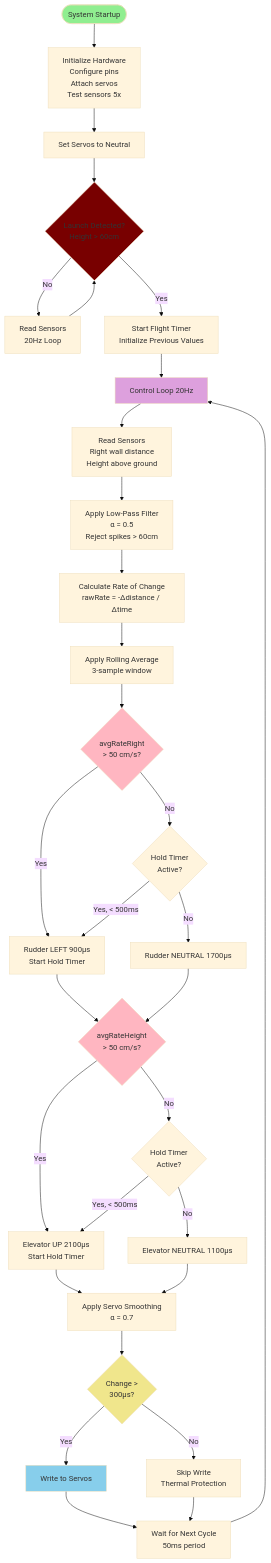
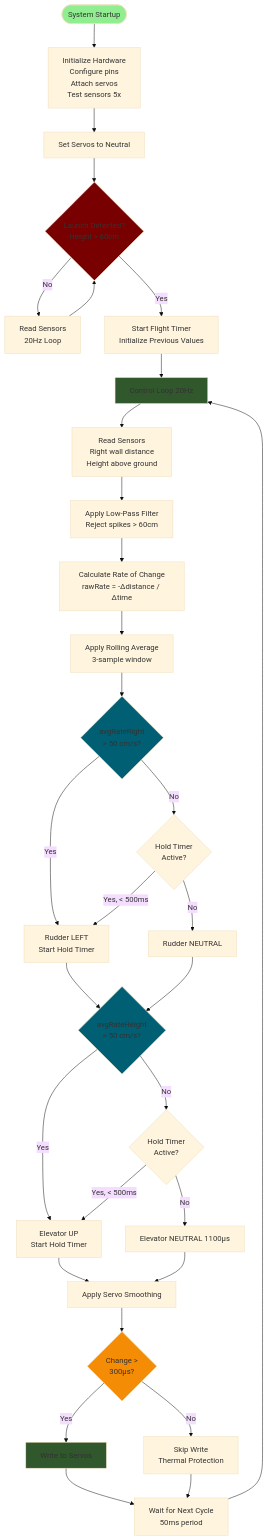
Before and after one commit to VahidDanesh/fixed-wing: the diagram in README.md, drawn with Mermaid (base theme).

Commit message:
update flowchart

````diff
--- a/README.md
+++ b/README.md
@@ -205,53 +205,53 @@
 ```mermaid
 flowchart TD
     Start([System Startup]) --> Init[Initialize Hardware<br/>Configure pins<br/>Attach servos<br/>Test sensors 5x]
     Init --> Neutral[Set Servos to Neutral]
     Neutral --> WaitLaunch{Launch Detected?<br/>Height > 60cm}
     
     WaitLaunch -->|No| ReadSensors1[Read Sensors<br/>20Hz Loop]
     ReadSensors1 --> WaitLaunch
     
     WaitLaunch -->|Yes| StartFlight[Start Flight Timer<br/>Initialize Previous Values]
     
     StartFlight --> ControlLoop[Control Loop 20Hz]
     
     ControlLoop --> ReadSensors2[Read Sensors<br/>Right wall distance<br/>Height above ground]
-    ReadSensors2 --> Filter[Apply Low-Pass Filter<br/>α = 0.5<br/>Reject spikes > 60cm]
+    ReadSensors2 --> Filter[Apply Low-Pass Filter<br/>Reject spikes > 60cm]
     
     Filter --> CalcRate[Calculate Rate of Change<br/>rawRate = -Δdistance / Δtime]
     CalcRate --> RollingAvg[Apply Rolling Average<br/>3-sample window]
     
     RollingAvg --> RudderCheck{avgRateRight<br/>> 50 cm/s?}
-    RudderCheck -->|Yes| RudderLeft[Rudder LEFT 900µs<br/>Start Hold Timer]
+    RudderCheck -->|Yes| RudderLeft[Rudder LEFT <br/>Start Hold Timer]
     RudderCheck -->|No| RudderHoldCheck{Hold Timer<br/>Active?}
     RudderHoldCheck -->|Yes, < 500ms| RudderLeft
-    RudderHoldCheck -->|No| RudderNeutral[Rudder NEUTRAL 1700µs]
+    RudderHoldCheck -->|No| RudderNeutral[Rudder NEUTRAL]
     
     RudderLeft --> ElevatorCheck{avgRateHeight<br/>> 50 cm/s?}
     RudderNeutral --> ElevatorCheck
     
-    ElevatorCheck -->|Yes| ElevatorUp[Elevator UP 2100µs<br/>Start Hold Timer]
+    ElevatorCheck -->|Yes| ElevatorUp[Elevator UP <br/>Start Hold Timer]
     ElevatorCheck -->|No| ElevatorHoldCheck{Hold Timer<br/>Active?}
     ElevatorHoldCheck -->|Yes, < 500ms| ElevatorUp
     ElevatorHoldCheck -->|No| ElevatorNeutral[Elevator NEUTRAL 1100µs]
     
-    ElevatorUp --> Smooth[Apply Servo Smoothing<br/>α = 0.7]
+    ElevatorUp --> Smooth[Apply Servo Smoothing]
     ElevatorNeutral --> Smooth
     
     Smooth --> Deadband{Change ><br/>300µs?}
     Deadband -->|Yes| WriteServo[Write to Servos]
     Deadband -->|No| Skip[Skip Write<br/>Thermal Protection]
     
     WriteServo --> Delay[Wait for Next Cycle<br/>50ms period]
     Skip --> Delay
     
     Delay --> ControlLoop
     
     style Start fill:#90EE90
     style WaitLaunch fill:#780000
-    style RudderCheck fill:#FFB6C1
-    style ElevatorCheck fill:#FFB6C1
-    style WriteServo fill:#87CEEB
-    style ControlLoop fill:#DDA0DD
-    style Deadband fill:#F0E68C
+    style RudderCheck fill:#005f73
+    style ElevatorCheck fill:#005f73
+    style WriteServo fill:#31572c
+    style ControlLoop fill:#31572c
+    style Deadband fill:#f48c06
 ```
````
